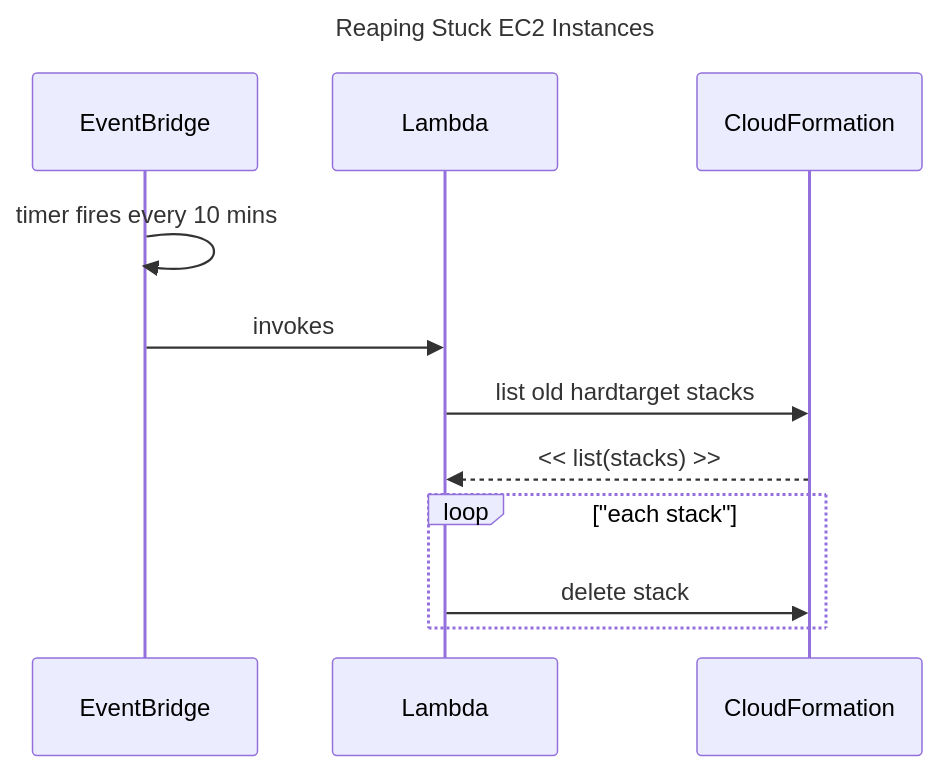
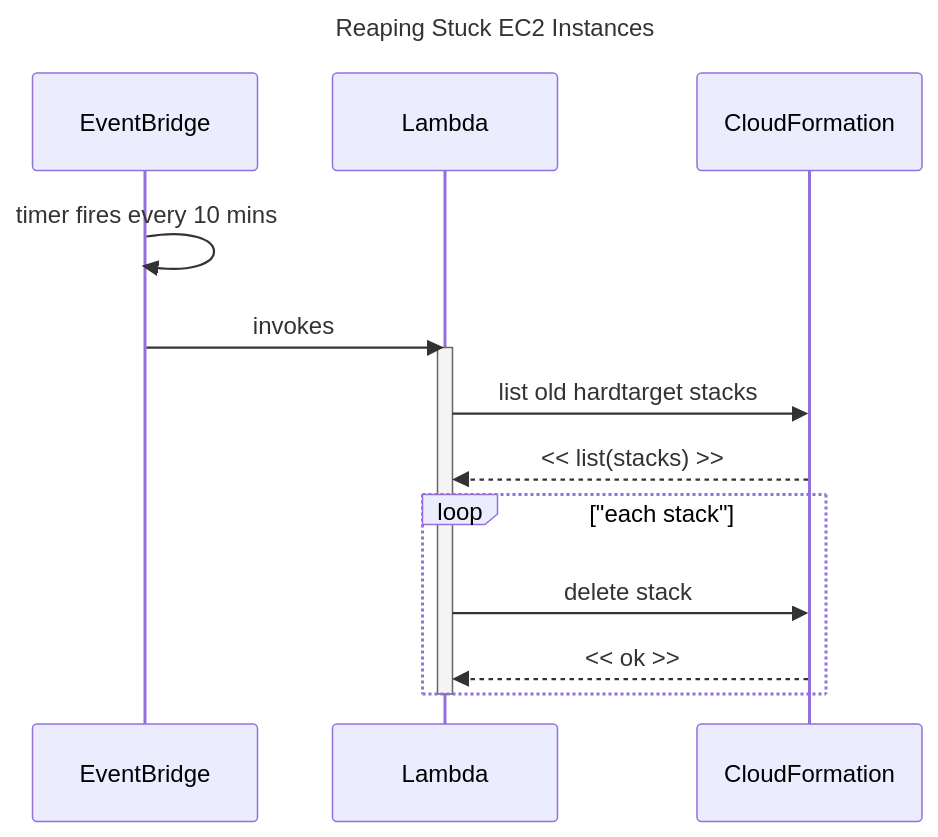
The fourth of 4 diagrams in README.md (scottbrown/hardtarget), drawn with Mermaid before and after one commit. The commit also changed other lines of this file, not shown here.

Commit message:
Fixing diagram

````diff
--- a/README.md
+++ b/README.md
@@ -95,16 +99,19 @@
 ```mermaid
 sequenceDiagram
   title Reaping Stuck EC2 Instances
 
   participant EB as EventBridge
   participant L as Lambda
   participant CFN as CloudFormation
 
   EB->>EB: timer fires every 10 mins
   EB->>L: invokes
+  activate L
   L->>CFN: list old hardtarget stacks
   CFN-->>L: << list(stacks) >>
   loop "each stack"
     L->>CFN: delete stack
+    CFN-->>L: << ok >>
   end
+  deactivate L
 ```
````
